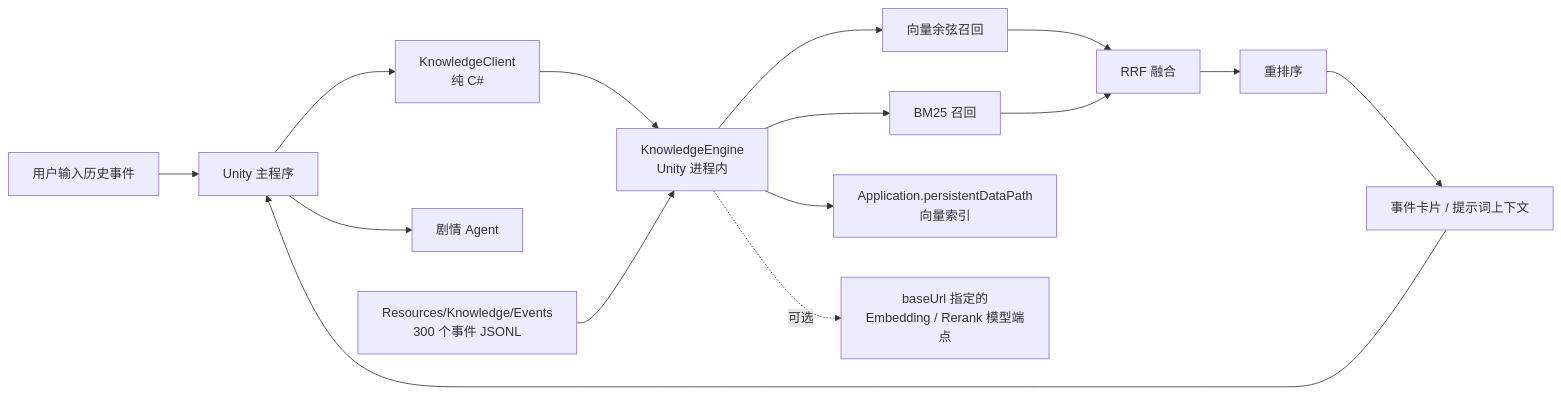
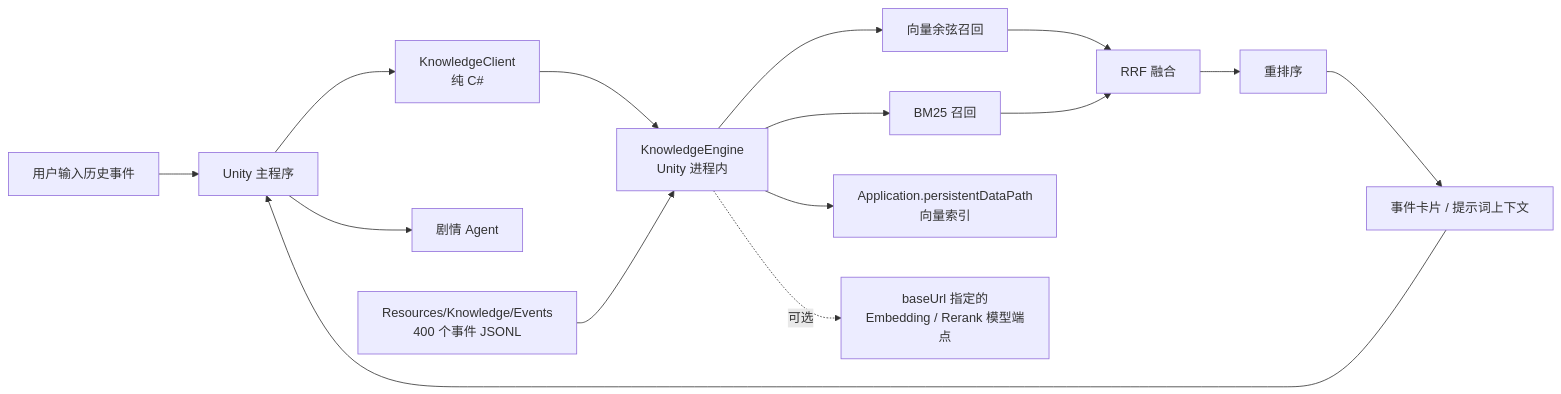
One commit to xinghuocode/epicspark changed the diagram in Docs/KnowledgeRAG.md. Above: the diagram before and after it, drawn with Mermaid. The commit also changed other lines of this file and 10 other files, not shown here.

````diff
--- a/Docs/KnowledgeRAG.md
+++ b/Docs/KnowledgeRAG.md
@@ -8,17 +8,17 @@
 ```mermaid
 flowchart LR
     U[用户输入历史事件] --> S[Unity 主程序]
     S --> C[KnowledgeClient<br/>纯 C#]
     C --> E[KnowledgeEngine<br/>Unity 进程内]
     E --> R1[向量余弦召回]
     E --> R2[BM25 召回]
     R1 --> F[RRF 融合]
     R2 --> F
     F --> RR[重排序]
     RR --> CX[事件卡片 / 提示词上下文]
     CX --> S
     S --> A[剧情 Agent]
-    D[Resources/Knowledge/Events<br/>300 个事件 JSONL] --> E
+    D[Resources/Knowledge/Events<br/>400 个事件 JSONL] --> E
     E --> IDX[Application.persistentDataPath<br/>向量索引]
     E -.可选.-> M[baseUrl 指定的<br/>Embedding / Rerank 模型端点]
 ```
````
